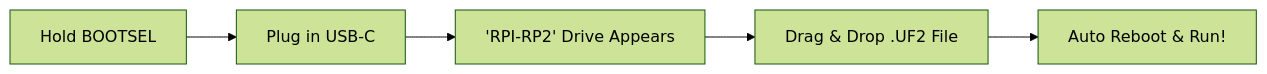
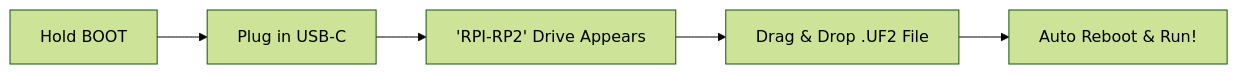
Before and after one commit to samanbeer/Samot2040_devboard: the diagram in README.md, drawn with Mermaid (forest theme). The commit also changed other lines of this file, not shown here.

````diff
--- a/README.md
+++ b/README.md
@@ -102,7 +91,7 @@
 ```mermaid
 flowchart LR
-    A["Hold BOOTSEL"] --> B["Plug in USB-C"]
+    A["Hold BOOT"] --> B["Plug in USB-C"]
     B --> C["'RPI-RP2' Drive Appears"]
     C --> D["Drag & Drop .UF2 File"]
     D --> E["Auto Reboot & Run!"]
 ```
````
